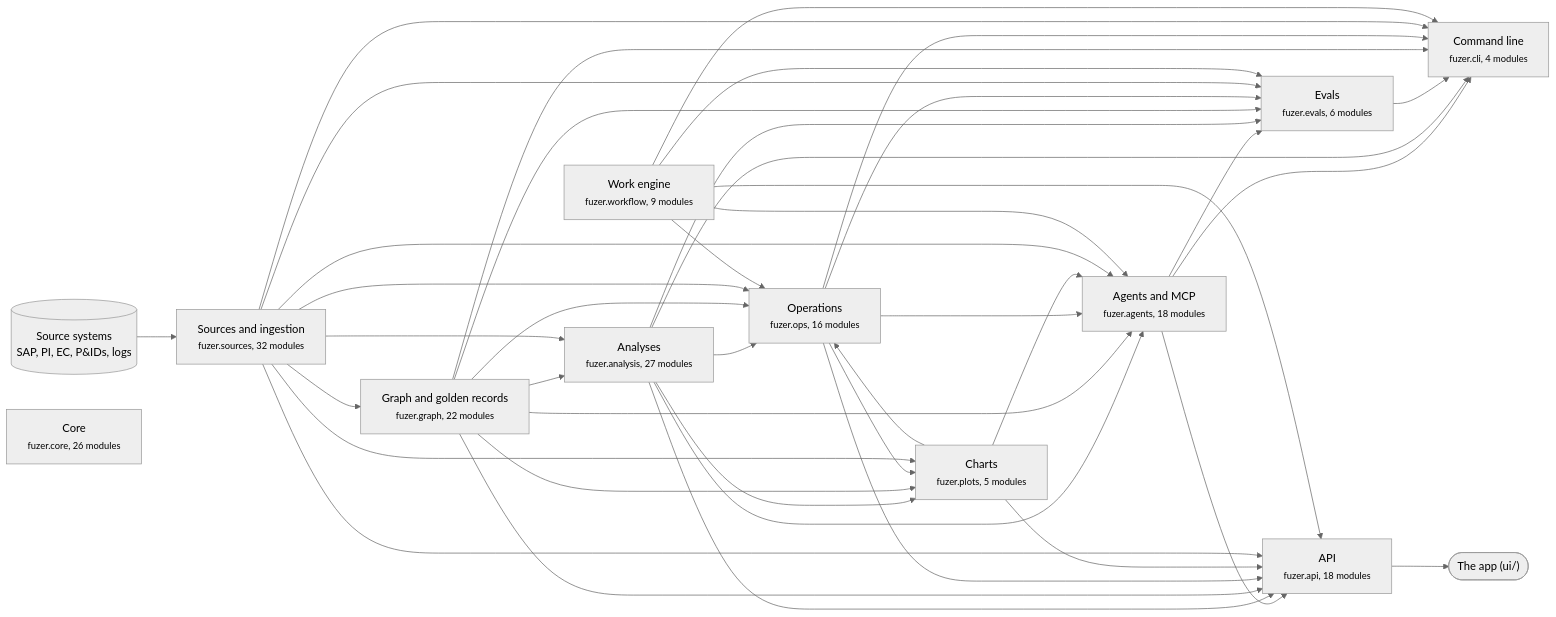
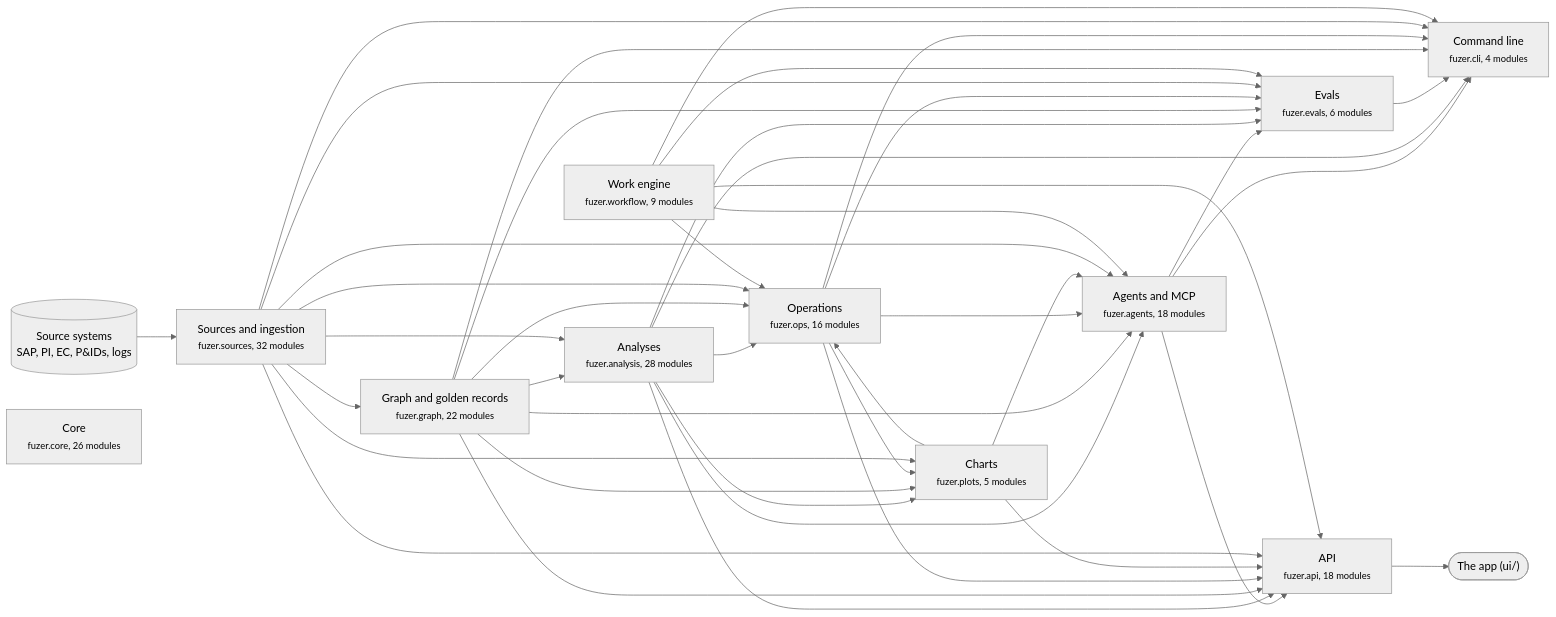
Before and after one commit to areed145/fuzer: the first of 3 diagrams in docs/architecture.md, drawn with Mermaid (neutral theme). The commit also changed other lines of this file and 12 other files, not shown here.

````diff
--- a/docs/architecture.md
+++ b/docs/architecture.md
@@ -8,66 +8,66 @@
 ```mermaid
 flowchart LR
   systems[("Source systems<br>SAP, PI, EC, P&IDs, logs")] --> c_sources
   app(["The app (ui/)"])
   c_api --> app
   c_sources["Sources and ingestion<br><small>fuzer.sources, 32 modules</small>"]
   c_graph["Graph and golden records<br><small>fuzer.graph, 22 modules</small>"]
-  c_analysis["Analyses<br><small>fuzer.analysis, 27 modules</small>"]
+  c_analysis["Analyses<br><small>fuzer.analysis, 28 modules</small>"]
   c_ops["Operations<br><small>fuzer.ops, 16 modules</small>"]
   c_plots["Charts<br><small>fuzer.plots, 5 modules</small>"]
   c_workflow["Work engine<br><small>fuzer.workflow, 9 modules</small>"]
   c_agents["Agents and MCP<br><small>fuzer.agents, 18 modules</small>"]
   c_evals["Evals<br><small>fuzer.evals, 6 modules</small>"]
   c_api["API<br><small>fuzer.api, 18 modules</small>"]
   c_cli["Command line<br><small>fuzer.cli, 4 modules</small>"]
   c_core["Core<br><small>fuzer.core, 26 modules</small>"]
   c_sources --> c_graph
   c_graph --> c_analysis
   c_sources --> c_analysis
   c_analysis --> c_ops
   c_graph --> c_ops
   c_plots --> c_ops
   c_sources --> c_ops
   c_workflow --> c_ops
   c_analysis --> c_plots
   c_graph --> c_plots
   c_ops --> c_plots
   c_sources --> c_plots
   c_analysis --> c_agents
   c_graph --> c_agents
   c_ops --> c_agents
   c_plots --> c_agents
   c_sources --> c_agents
   c_workflow --> c_agents
   c_agents --> c_evals
   c_analysis --> c_evals
   c_graph --> c_evals
   c_ops --> c_evals
   c_sources --> c_evals
   c_workflow --> c_evals
   c_agents --> c_api
   c_analysis --> c_api
   c_graph --> c_api
   c_ops --> c_api
   c_plots --> c_api
   c_sources --> c_api
   c_workflow --> c_api
   c_agents --> c_cli
   c_analysis --> c_cli
   c_evals --> c_cli
   c_graph --> c_cli
   c_ops --> c_cli
   c_sources --> c_cli
   c_workflow --> c_cli
   click c_sources "https://github.com/areed145/fuzer/tree/main/src/fuzer/sources"
   click c_graph "https://github.com/areed145/fuzer/tree/main/src/fuzer/graph"
   click c_analysis "https://github.com/areed145/fuzer/tree/main/src/fuzer/analysis"
   click c_ops "https://github.com/areed145/fuzer/tree/main/src/fuzer/ops"
   click c_plots "https://github.com/areed145/fuzer/tree/main/src/fuzer/plots"
   click c_workflow "https://github.com/areed145/fuzer/tree/main/src/fuzer/workflow"
   click c_agents "https://github.com/areed145/fuzer/tree/main/src/fuzer/agents"
   click c_evals "https://github.com/areed145/fuzer/tree/main/src/fuzer/evals"
   click c_api "https://github.com/areed145/fuzer/tree/main/src/fuzer/api"
   click c_cli "https://github.com/areed145/fuzer/tree/main/src/fuzer/cli"
   click c_core "https://github.com/areed145/fuzer/tree/main/src/fuzer/core"
 ```
````
